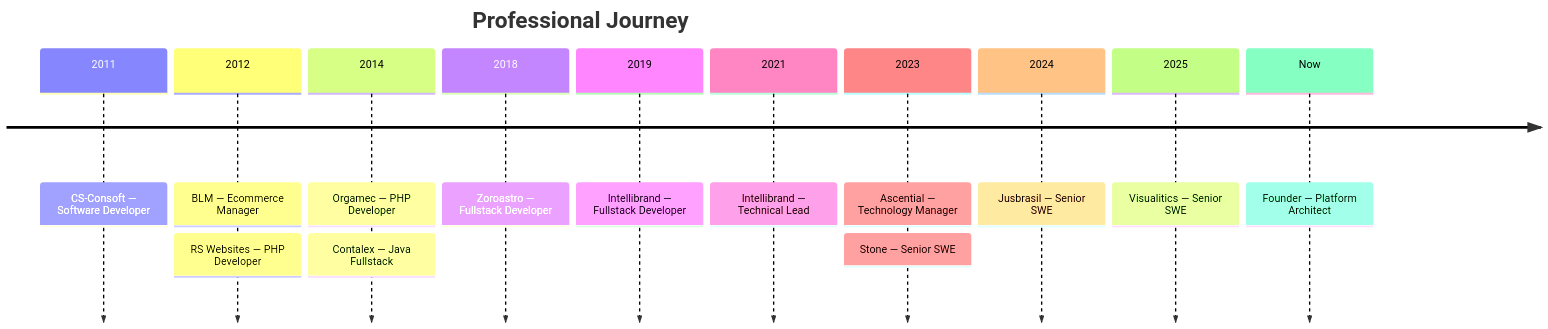
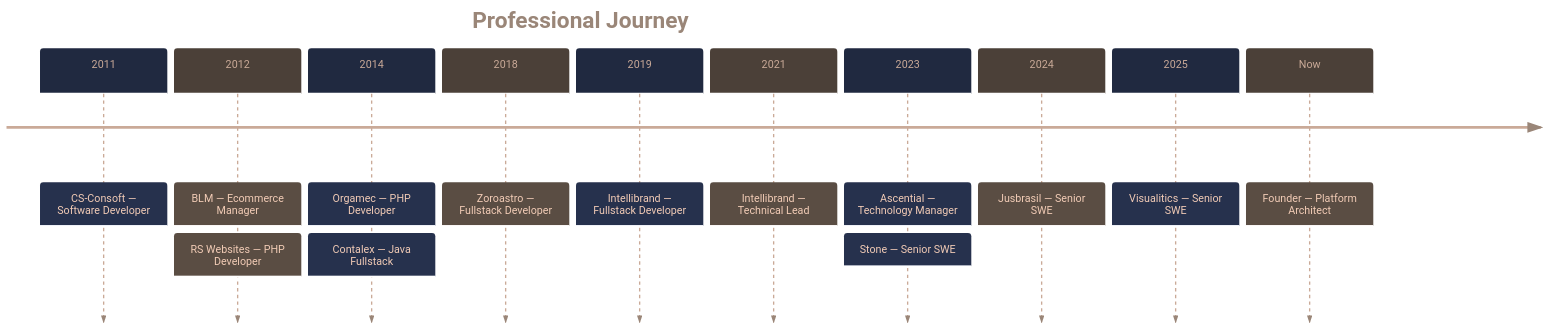
Before and after one commit to mend3/mend3: the second of 2 diagrams in README.md, drawn with Mermaid. The commit also changed other lines of this file, not shown here.

````diff
--- a/README.md
+++ b/README.md
@@ -160,14 +175,32 @@
 ```mermaid
+%%{init: {'theme':'base', 'themeVariables': {
+  'cScale0':'#202940','cScaleLabel0':'#CAAA98',
+  'cScale1':'#4B4038','cScaleLabel1':'#CAAA98',
+  'cScale2':'#202940','cScaleLabel2':'#CAAA98',
+  'cScale3':'#4B4038','cScaleLabel3':'#CAAA98',
+  'cScale4':'#202940','cScaleLabel4':'#CAAA98',
+  'cScale5':'#4B4038','cScaleLabel5':'#CAAA98',
+  'cScale6':'#202940','cScaleLabel6':'#CAAA98',
+  'cScale7':'#4B4038','cScaleLabel7':'#CAAA98',
+  'cScale8':'#202940','cScaleLabel8':'#CAAA98',
+  'cScale9':'#4B4038','cScaleLabel9':'#CAAA98',
+  'cScale10':'#202940','cScaleLabel10':'#CAAA98',
+  'cScale11':'#4B4038','cScaleLabel11':'#CAAA98',
+  'titleColor':'#9A8678',
+  'textColor':'#9A8678',
+  'lineColor':'#9A8678',
+  'fontFamily':'ui-monospace, monospace'
+}}}%%
 timeline
     title Professional Journey
     2011 : CS-Consoft — Software Developer
     2012 : BLM — Ecommerce Manager : RS Websites — PHP Developer
     2014 : Orgamec — PHP Developer : Contalex — Java Fullstack
     2018 : Zoroastro — Fullstack Developer
     2019 : Intellibrand — Fullstack Developer
     2021 : Intellibrand — Technical Lead
     2023 : Ascential — Technology Manager : Stone — Senior SWE
     2024 : Jusbrasil — Senior SWE
     2025 : Visualitics — Senior SWE
     Now : Founder — Platform Architect
 ```
````
